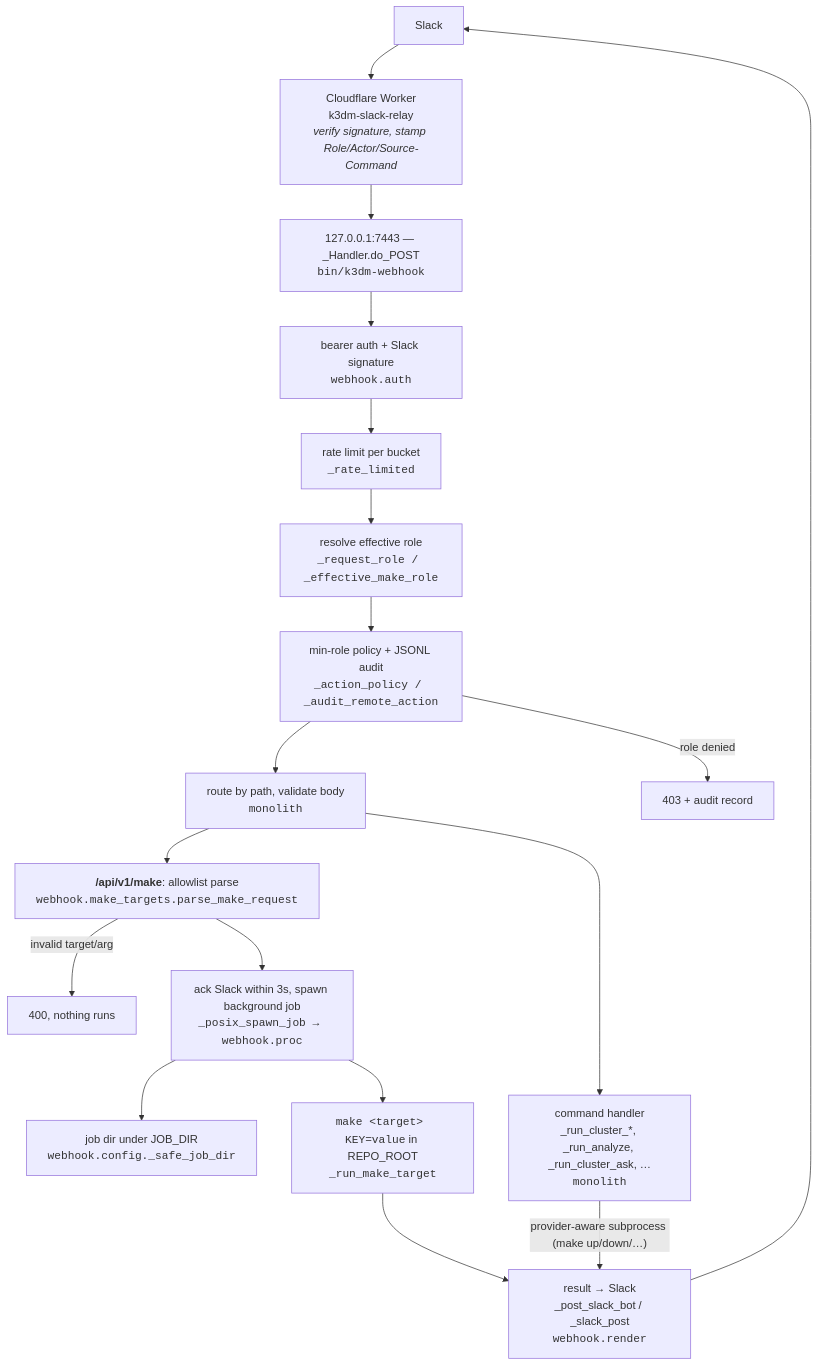
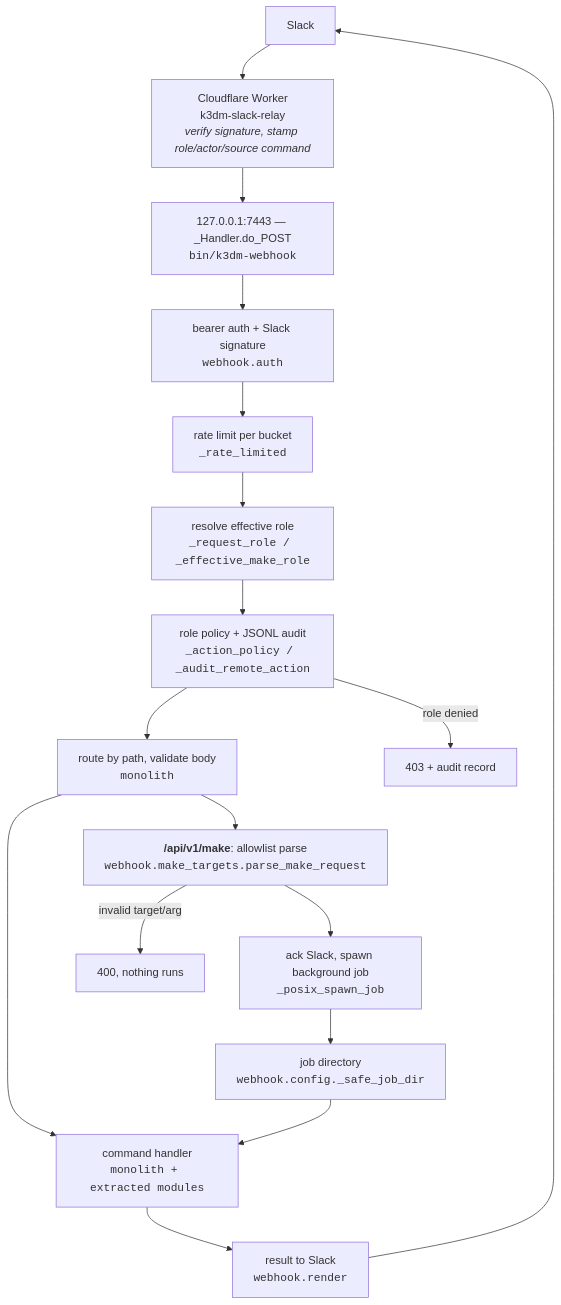
The second of 2 diagrams in docs/architecture/webhook-server.md (wilddog64/k3d-manager), drawn with Mermaid before and after one commit. The commit also changed other lines of this file and 618 other files, not shown here.

````diff
--- a/docs/architecture/webhook-server.md
+++ b/docs/architecture/webhook-server.md
@@ -189,30 +212,25 @@
 ```mermaid
 flowchart TD
     SLACK["Slack"]
-    CF["Cloudflare Worker<br/>k3dm-slack-relay<br/><i>verify signature, stamp Role/Actor/Source-Command</i>"]
+    CF["Cloudflare Worker<br/>k3dm-slack-relay<br/><i>verify signature, stamp role/actor/source command</i>"]
     HANDLER["127.0.0.1:7443 — _Handler.do_POST<br/><code>bin/k3dm-webhook</code>"]
     AUTH["bearer auth + Slack signature<br/><code>webhook.auth</code>"]
     RATE["rate limit per bucket<br/><code>_rate_limited</code>"]
     ROLE["resolve effective role<br/><code>_request_role / _effective_make_role</code>"]
-    POLICY["min-role policy + JSONL audit<br/><code>_action_policy / _audit_remote_action</code>"]
+    POLICY["role policy + JSONL audit<br/><code>_action_policy / _audit_remote_action</code>"]
     ROUTE["route by path, validate body<br/><code>monolith</code>"]
     MAKEP["<b>/api/v1/make</b>: allowlist parse<br/><code>webhook.make_targets.parse_make_request</code>"]
-    ACK["ack Slack within 3s, spawn background job<br/><code>_posix_spawn_job → webhook.proc</code>"]
-    JOBDIR["job dir under JOB_DIR<br/><code>webhook.config._safe_job_dir</code>"]
-    CMD["command handler<br/>_run_cluster_*, _run_analyze, _run_cluster_ask, …<br/><code>monolith</code>"]
-    MAKER["<code>make &lt;target&gt; KEY=value</code> in REPO_ROOT<br/><code>_run_make_target</code>"]
-    RESULT["result → Slack<br/>_post_slack_bot / _slack_post<br/><code>webhook.render</code>"]
+    ACK["ack Slack, spawn background job<br/><code>_posix_spawn_job</code>"]
+    JOBDIR["job directory<br/><code>webhook.config._safe_job_dir</code>"]
+    CMD["command handler<br/><code>monolith + extracted modules</code>"]
+    RESULT["result to Slack<br/><code>webhook.render</code>"]
 
-    SLACK --> CF --> HANDLER
-    HANDLER --> AUTH --> RATE --> ROLE --> POLICY --> ROUTE
+    SLACK --> CF --> HANDLER --> AUTH --> RATE --> ROLE --> POLICY --> ROUTE
     POLICY -->|"role denied"| DENY["403 + audit record"]
     ROUTE --> MAKEP
     ROUTE --> CMD
     MAKEP -->|"invalid target/arg"| BAD["400, nothing runs"]
     MAKEP --> ACK
-    ACK --> JOBDIR
-    ACK --> MAKER
-    CMD -->|"provider-aware subprocess (make up/down/…)"| RESULT
-    MAKER --> RESULT
-    RESULT --> SLACK
+    ACK --> JOBDIR --> CMD
+    CMD --> RESULT --> SLACK
 ```
````
